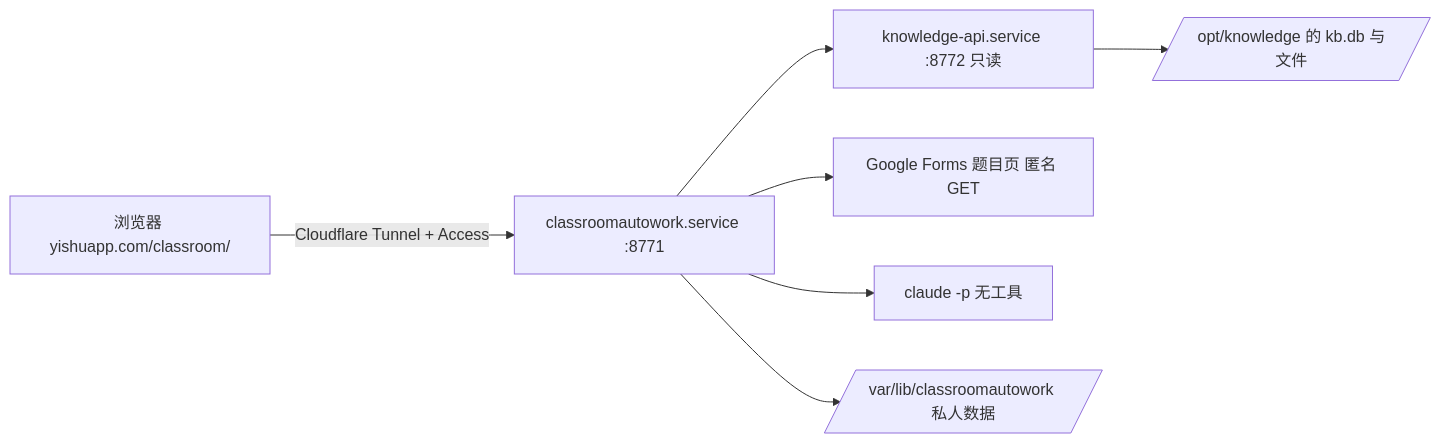
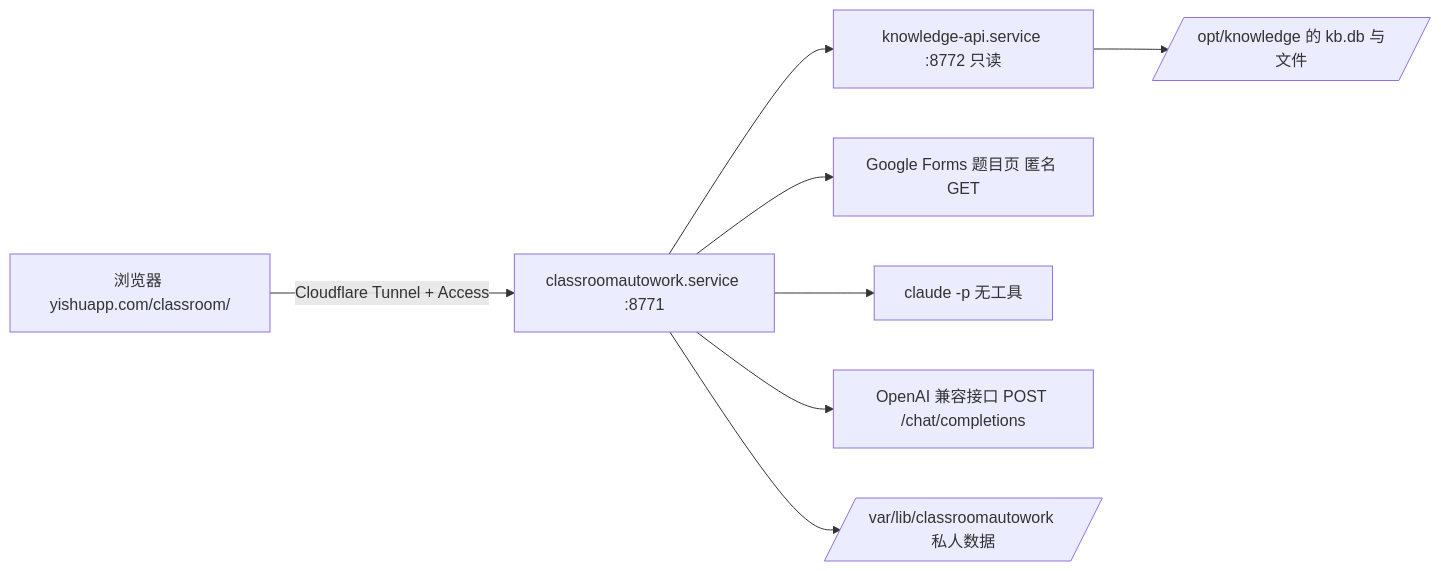
One commit to shu2223/classroomautowork changed the diagram in README.md. Above: the diagram before and after it, drawn with Mermaid. The commit also changed other lines of this file and 18 other files, not shown here.

````diff
--- a/README.md
+++ b/README.md
@@ -13,9 +13,10 @@
 ```mermaid
 flowchart LR
   B[浏览器 yishuapp.com/classroom/] -->|Cloudflare Tunnel + Access| W[classroomautowork.service :8771]
   W --> K[knowledge-api.service :8772 只读]
   K --> D[/opt/knowledge 的 kb.db 与文件/]
   W --> F[Google Forms 题目页 匿名 GET]
   W --> C[claude -p 无工具]
+  W --> O[OpenAI 兼容接口 POST /chat/completions]
   W --> P[/var/lib/classroomautowork 私人数据/]
 ```
````
